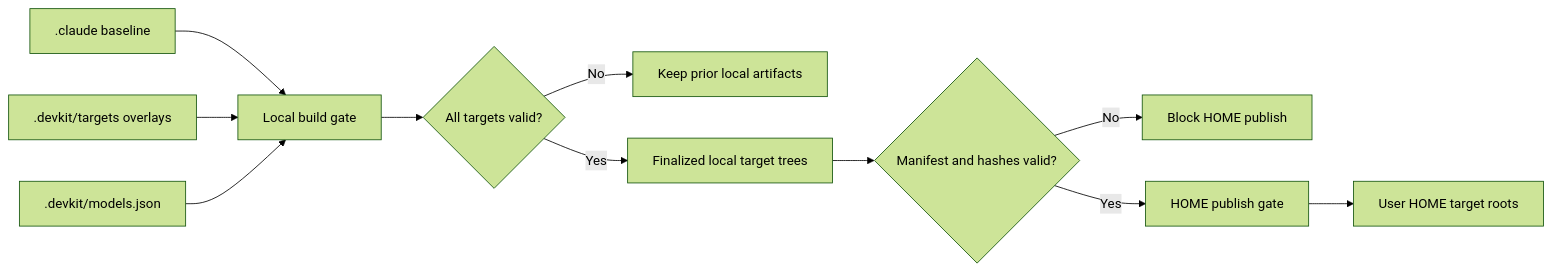
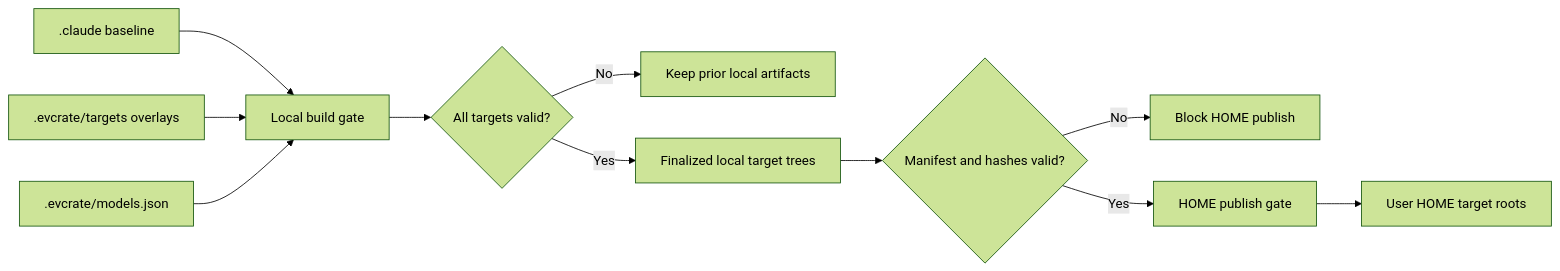
The diagram in docs/advisor-distribution-architecture.md (EigenCrate/evcrate), drawn with Mermaid (forest theme) before and after one commit. The commit also changed other lines of this file and 8 other files, not shown here.

````diff
--- a/docs/advisor-distribution-architecture.md
+++ b/docs/advisor-distribution-architecture.md
@@ -23,13 +25,13 @@
 ```mermaid
 flowchart LR
   Claude[.claude baseline] --> Build[Local build gate]
-  Targets[.devkit/targets overlays] --> Build
-  Models[.devkit/models.json] --> Build
+  Targets[.evcrate/targets overlays] --> Build
+  Models[.evcrate/models.json] --> Build
   Build --> Validate{All targets valid?}
   Validate -->|No| Reject[Keep prior local artifacts]
   Validate -->|Yes| Local[Finalized local target trees]
   Local --> Verify{Manifest and hashes valid?}
   Verify -->|No| Block[Block HOME publish]
   Verify -->|Yes| Publish[HOME publish gate]
   Publish --> Home[User HOME target roots]
 ```
````
